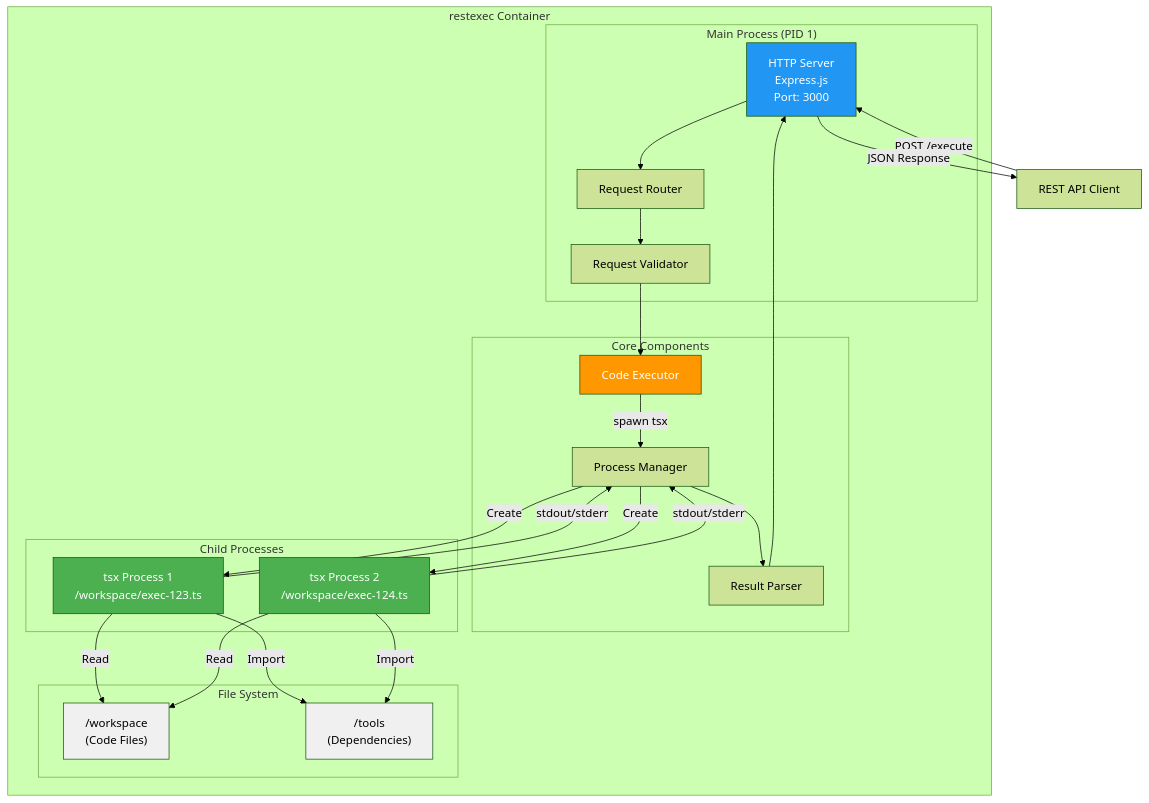
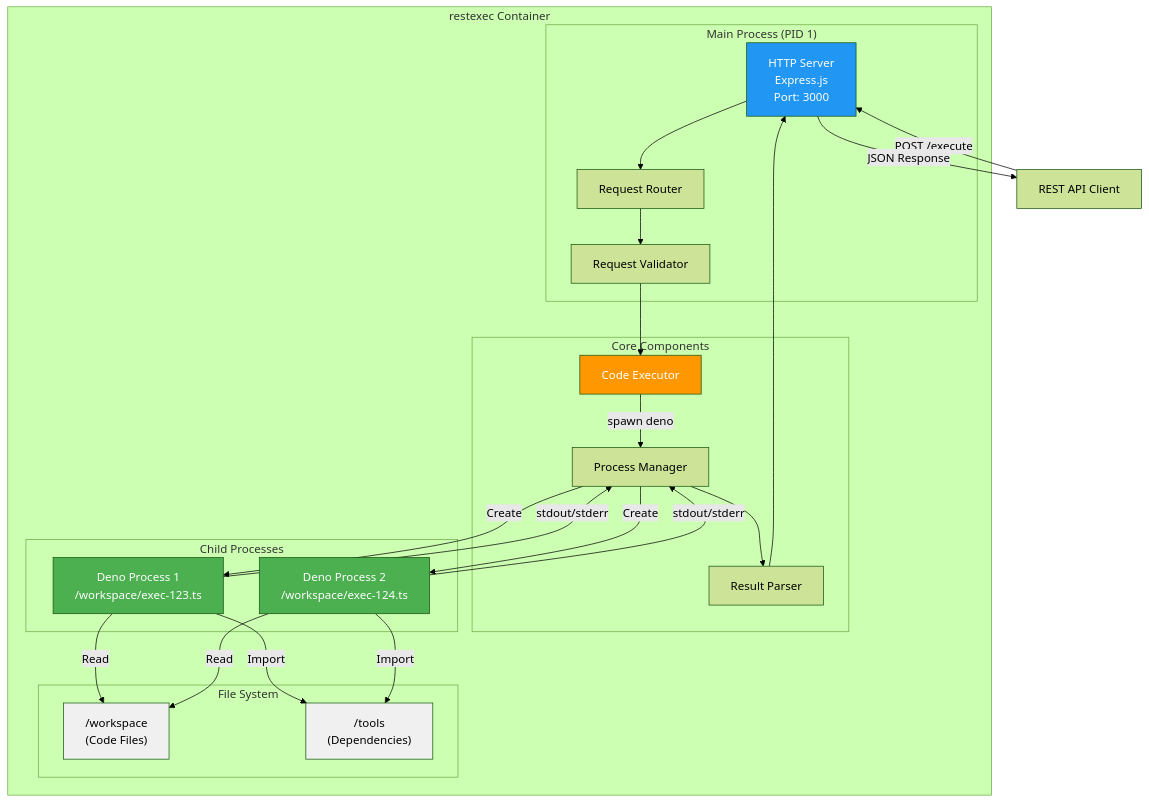
Before and after one commit to khirotaka/restexec: the diagram in README.md, drawn with Mermaid (forest theme). The commit also changed other lines of this file and 3 other files, not shown here.

````diff
--- a/README.md
+++ b/README.md
@@ -7,53 +7,53 @@
 ```mermaid
 graph TB
     subgraph "restexec Container"
         subgraph "Main Process (PID 1)"
             HTTPServer["HTTP Server<br/>Express.js<br/>Port: 3000"]
             Router["Request Router"]
             Validator["Request Validator"]
         end
         
         subgraph "Core Components"
             Executor["Code Executor"]
             ProcessMgr["Process Manager"]
             ResultParser["Result Parser"]
         end
         
         subgraph "Child Processes"
-            TSX1["tsx Process 1<br/>/workspace/exec-123.ts"]
-            TSX2["tsx Process 2<br/>/workspace/exec-124.ts"]
+            Deno1["Deno Process 1<br/>/workspace/exec-123.ts"]
+            Deno2["Deno Process 2<br/>/workspace/exec-124.ts"]
         end
         
         subgraph "File System"
             Workspace["/workspace<br/>(Code Files)"]
             Tools["/tools<br/>(Dependencies)"]
         end
     end
     
     Client["REST API Client"] -->|POST /execute| HTTPServer
     HTTPServer --> Router
     Router --> Validator
     Validator --> Executor
     
-    Executor -->|spawn tsx| ProcessMgr
-    ProcessMgr -->|Create| TSX1
-    ProcessMgr -->|Create| TSX2
-    
-    TSX1 -->|Read| Workspace
-    TSX1 -->|Import| Tools
-    TSX2 -->|Read| Workspace
-    TSX2 -->|Import| Tools
-    
-    TSX1 -->|stdout/stderr| ProcessMgr
-    TSX2 -->|stdout/stderr| ProcessMgr
+    Executor -->|spawn deno| ProcessMgr
+    ProcessMgr -->|Create| Deno1
+    ProcessMgr -->|Create| Deno2
+
+    Deno1 -->|Read| Workspace
+    Deno1 -->|Import| Tools
+    Deno2 -->|Read| Workspace
+    Deno2 -->|Import| Tools
+
+    Deno1 -->|stdout/stderr| ProcessMgr
+    Deno2 -->|stdout/stderr| ProcessMgr
     ProcessMgr --> ResultParser
     ResultParser --> HTTPServer
     HTTPServer -->|JSON Response| Client
     
     style HTTPServer fill:#2196F3,color:#fff
     style Executor fill:#FF9800,color:#fff
-    style TSX1 fill:#4CAF50,color:#fff
-    style TSX2 fill:#4CAF50,color:#fff
+    style Deno1 fill:#4CAF50,color:#fff
+    style Deno2 fill:#4CAF50,color:#fff
     style Workspace fill:#f0f0f0
     style Tools fill:#f0f0f0
 ```
````
